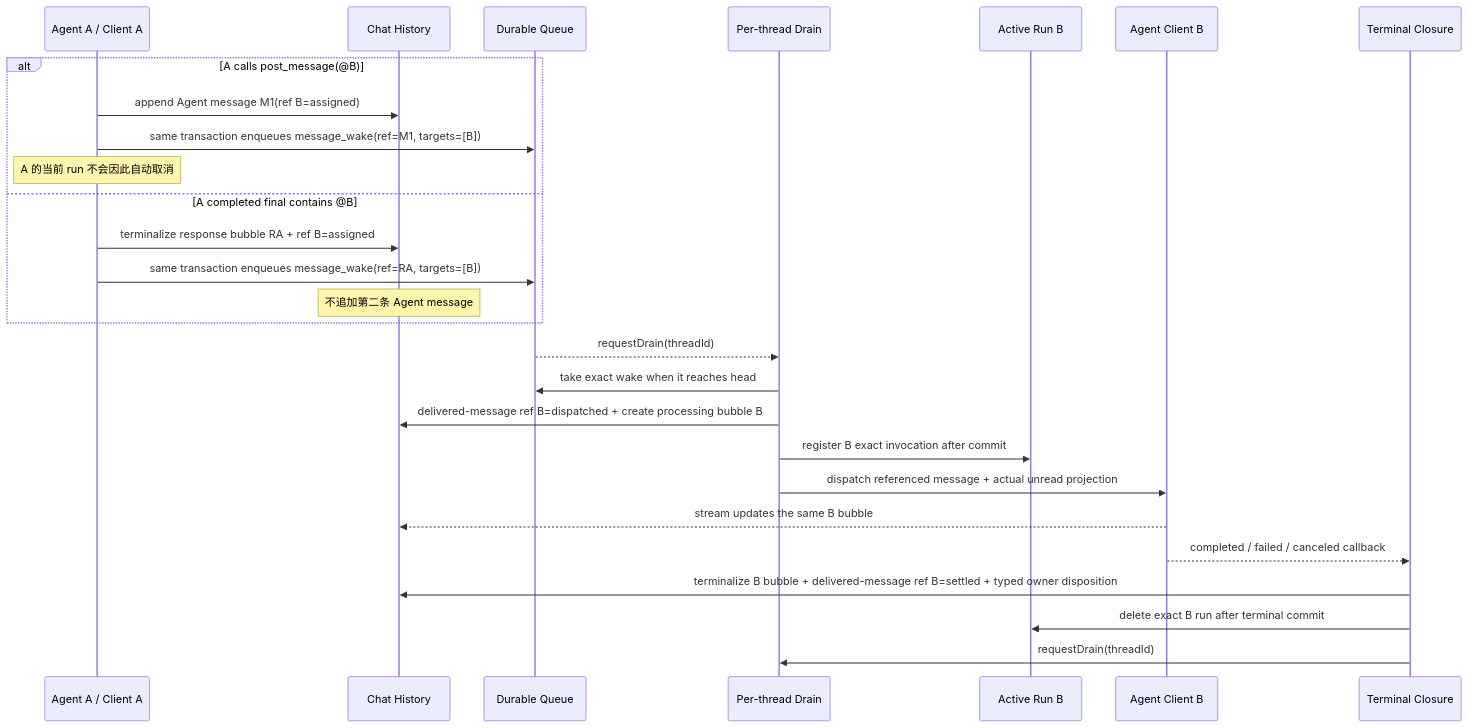
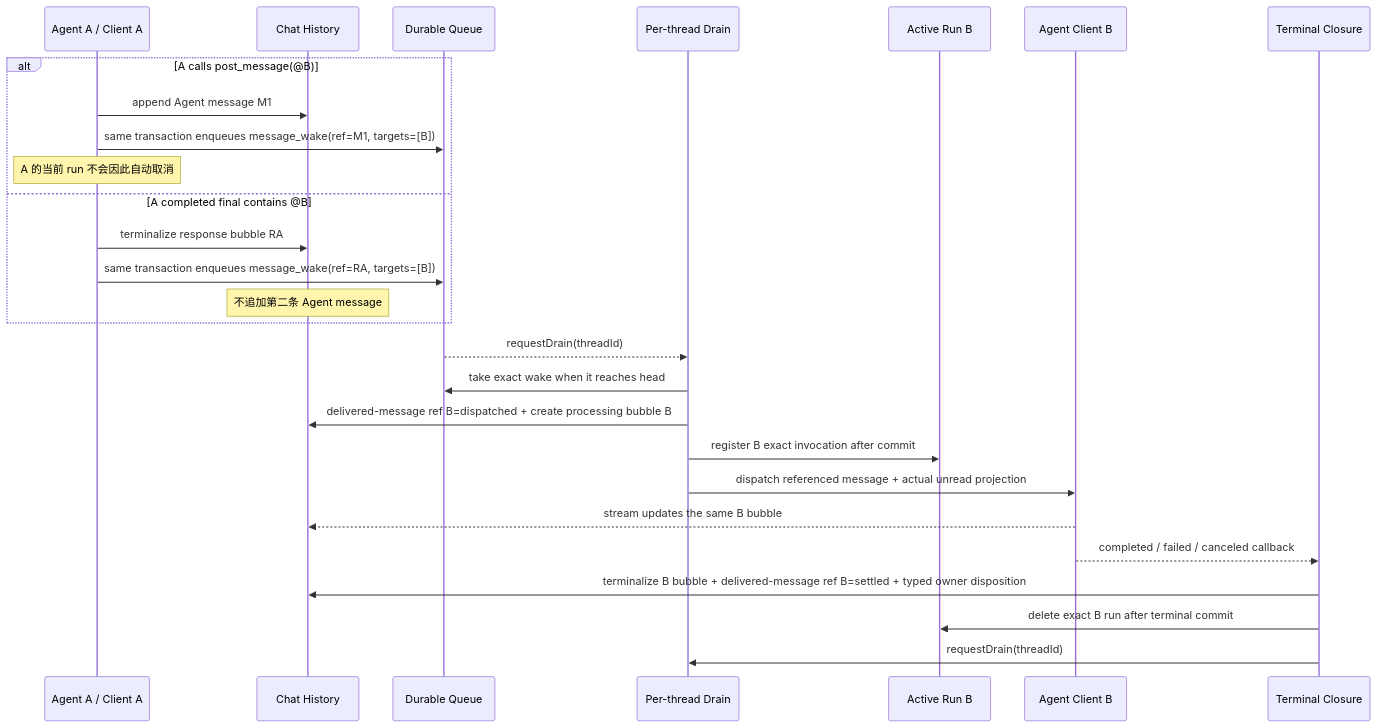
Before and after one commit to 08mamba24/clowder-ai: the second of 8 diagrams in docs/architecture/message-delivery-handling-handoff-audit.md, drawn with Mermaid. The commit also changed other lines of this file and 2024 other files, not shown here.

````diff
--- a/docs/architecture/message-delivery-handling-handoff-audit.md
+++ b/docs/architecture/message-delivery-handling-handoff-audit.md
@@ -138,30 +138,30 @@
 ```mermaid
 sequenceDiagram
     participant A as Agent A / Client A
     participant H as Chat History
     participant Q as Durable Queue
     participant D as Per-thread Drain
     participant R as Active Run B
     participant B as Agent Client B
     participant T as Terminal Closure
 
     alt A calls post_message(@B)
-        A->>H: append Agent message M1(ref B=assigned)
+        A->>H: append Agent message M1
         A->>Q: same transaction enqueues message_wake(ref=M1, targets=[B])
         Note over A: A 的当前 run 不会因此自动取消
     else A completed final contains @B
-        A->>H: terminalize response bubble RA + ref B=assigned
+        A->>H: terminalize response bubble RA
         A->>Q: same transaction enqueues message_wake(ref=RA, targets=[B])
         Note over H: 不追加第二条 Agent message
     end
     Q-->>D: requestDrain(threadId)
     D->>Q: take exact wake when it reaches head
     D->>H: delivered-message ref B=dispatched + create processing bubble B
     D->>R: register B exact invocation after commit
     D->>B: dispatch referenced message + actual unread projection
     B-->>H: stream updates the same B bubble
     B-->>T: completed / failed / canceled callback
     T->>H: terminalize B bubble + delivered-message ref B=settled + typed owner disposition
     T->>R: delete exact B run after terminal commit
     T->>D: requestDrain(threadId)
 ```
````
